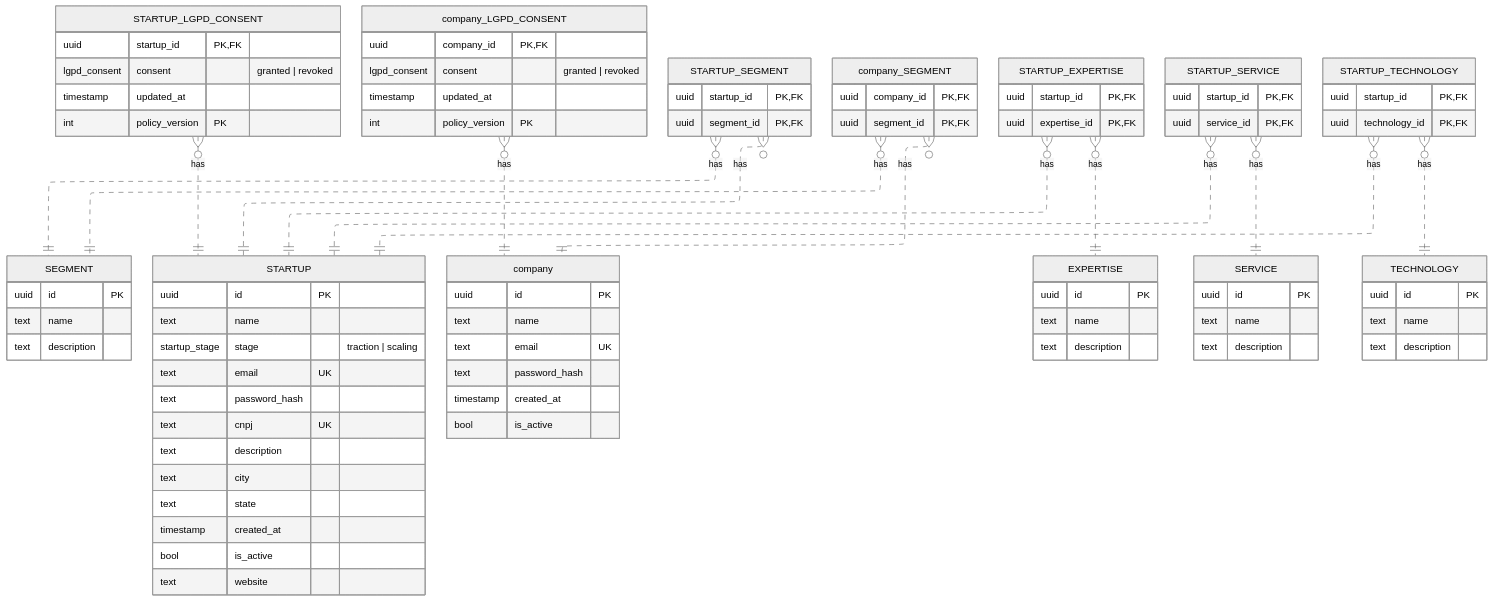
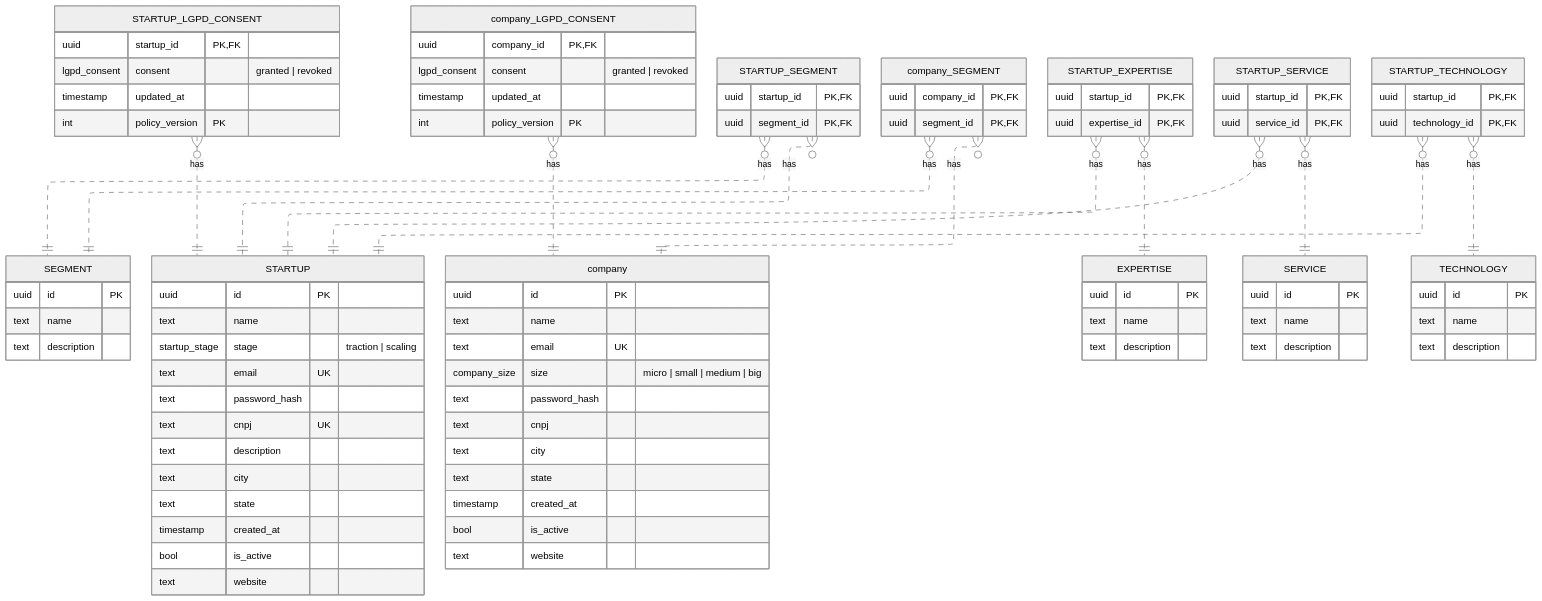
Before and after one commit to gislanysa/RecinTech: the diagram in backend/README.md, drawn with Mermaid (neutral theme). The commit also changed 5 other files, not shown here.

```diff
--- a/backend/README.md
+++ b/backend/README.md
@@ -76,9 +76,14 @@
     uuid id PK
     text name
     text email UK
+    company_size size "micro | small | medium | big"
     text password_hash
+    text cnpj
+    text city
+    text state
     timestamp created_at
     bool is_active
+    text website
   }
 
   company_LGPD_CONSENT }o..|| company : has
```
